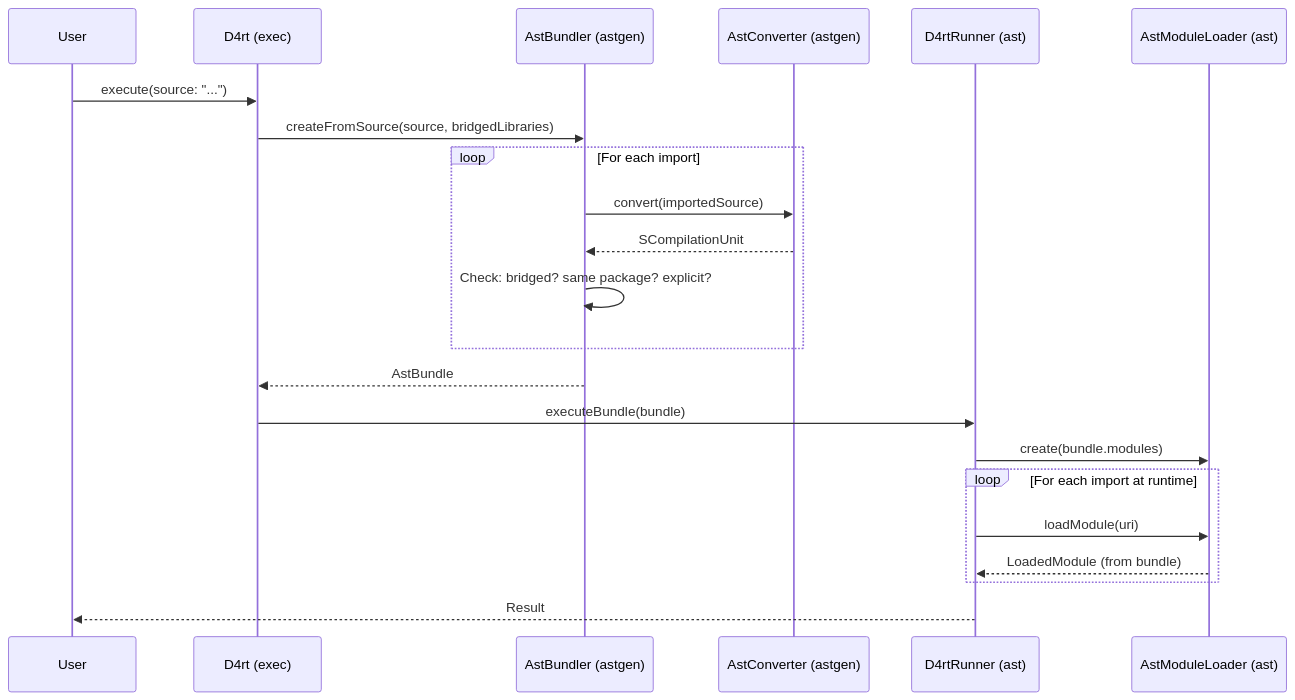
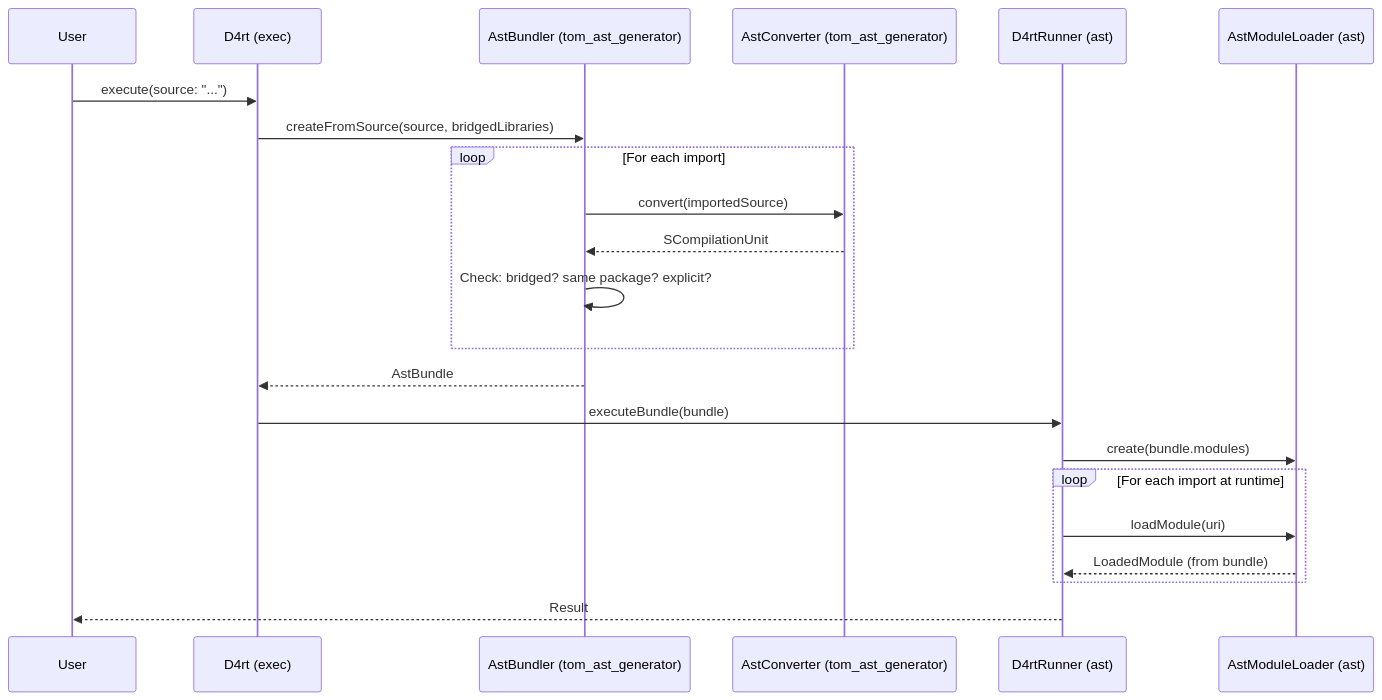
One commit to al-the-bear/tom_d4rt changed the second of 3 diagrams in tom_d4rt_ast/doc/d4rt_ast_architecture_design.md. Above: the diagram before and after it, drawn with Mermaid. The commit also changed other lines of this file and 5 other files, not shown here.

First line of the commit message:
docs(d4rt): no document sends a reader to the dead tom_d4rt_astgen package (sce215)

````diff
--- a/tom_d4rt_ast/doc/d4rt_ast_architecture_design.md
+++ b/tom_d4rt_ast/doc/d4rt_ast_architecture_design.md
@@ -86,29 +101,29 @@
 ```mermaid
 sequenceDiagram
     participant User
     participant D4rt as D4rt (exec)
-    participant AstBundler as AstBundler (astgen)
-    participant AstConverter as AstConverter (astgen)
+    participant AstBundler as AstBundler (tom_ast_generator)
+    participant AstConverter as AstConverter (tom_ast_generator)
     participant D4rtRunner as D4rtRunner (ast)
     participant AstModuleLoader as AstModuleLoader (ast)
     
     User->>D4rt: execute(source: "...")
     D4rt->>AstBundler: createFromSource(source, bridgedLibraries)
     
     loop For each import
         AstBundler->>AstConverter: convert(importedSource)
         AstConverter-->>AstBundler: SCompilationUnit
         AstBundler->>AstBundler: Check: bridged? same package? explicit?
     end
     
     AstBundler-->>D4rt: AstBundle
     D4rt->>D4rtRunner: executeBundle(bundle)
     D4rtRunner->>AstModuleLoader: create(bundle.modules)
     
     loop For each import at runtime
         D4rtRunner->>AstModuleLoader: loadModule(uri)
         AstModuleLoader-->>D4rtRunner: LoadedModule (from bundle)
     end
     
     D4rtRunner-->>User: Result
 ```
````
